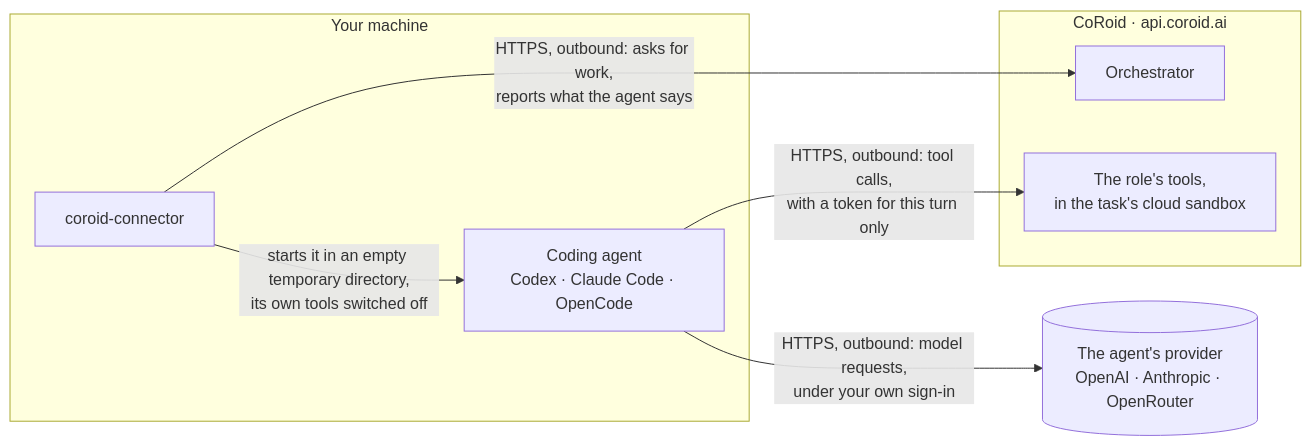
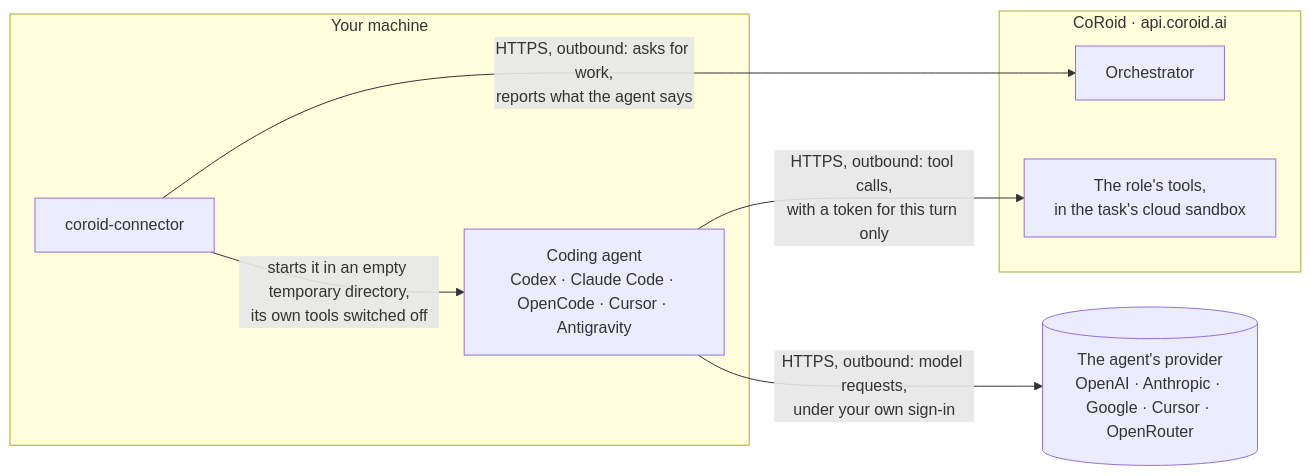
Before and after one commit to COROID-AI/coroid-connector: the first of 2 diagrams in README.md, drawn with Mermaid. The commit also changed other lines of this file and 30 other files, not shown here.

````diff
--- a/README.md
+++ b/README.md
@@ -16,16 +16,16 @@
 ```mermaid
 flowchart LR
   subgraph machine["Your machine"]
     C["coroid-connector"]
-    A["Coding agent<br/>Codex · Claude Code · OpenCode"]
+    A["Coding agent<br/>Codex · Claude Code · OpenCode · Cursor · Antigravity"]
     C -- "starts it in an empty temporary directory,<br/>its own tools switched off" --> A
   end
   subgraph coroid["CoRoid · api.coroid.ai"]
     O["Orchestrator"]
     T["The role's tools,<br/>in the task's cloud sandbox"]
   end
-  P[("The agent's provider<br/>OpenAI · Anthropic · OpenRouter")]
+  P[("The agent's provider<br/>OpenAI · Anthropic · Google · Cursor · OpenRouter")]
   C -- "HTTPS, outbound: asks for work,<br/>reports what the agent says" --> O
   A -- "HTTPS, outbound: tool calls,<br/>with a token for this turn only" --> T
   A -- "HTTPS, outbound: model requests,<br/>under your own sign-in" --> P
 ```
````
